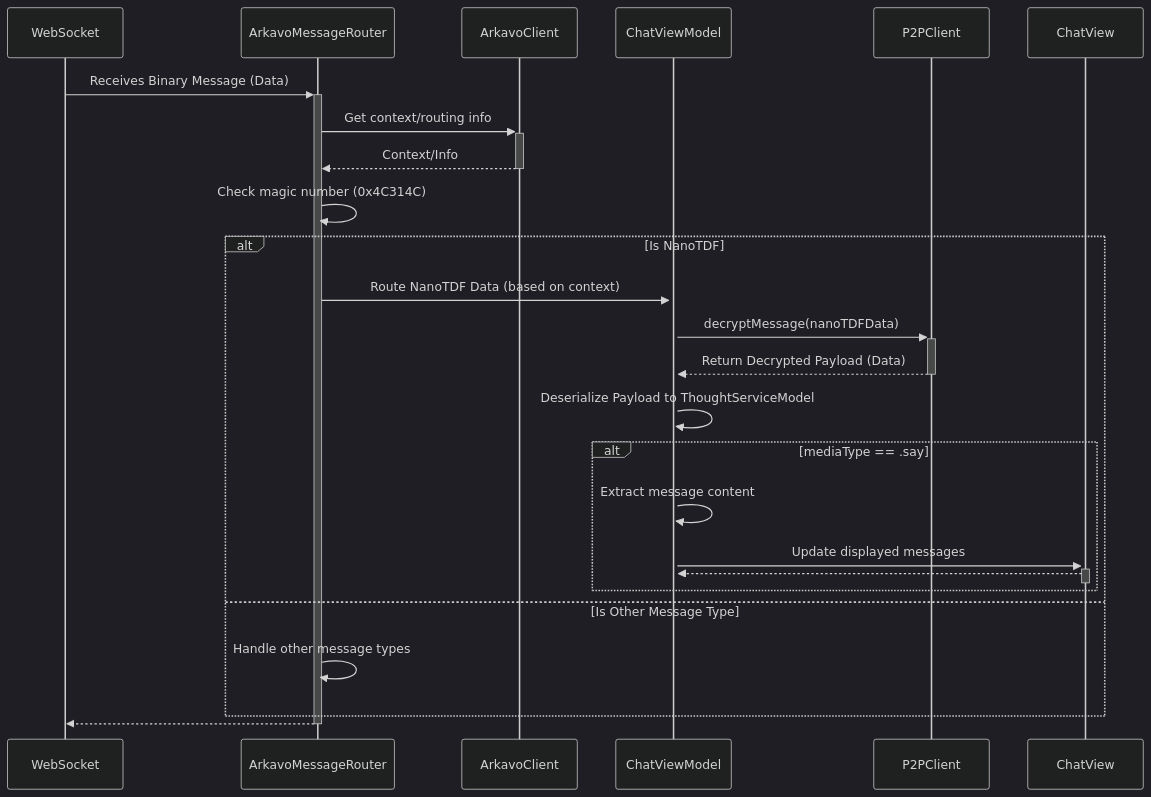
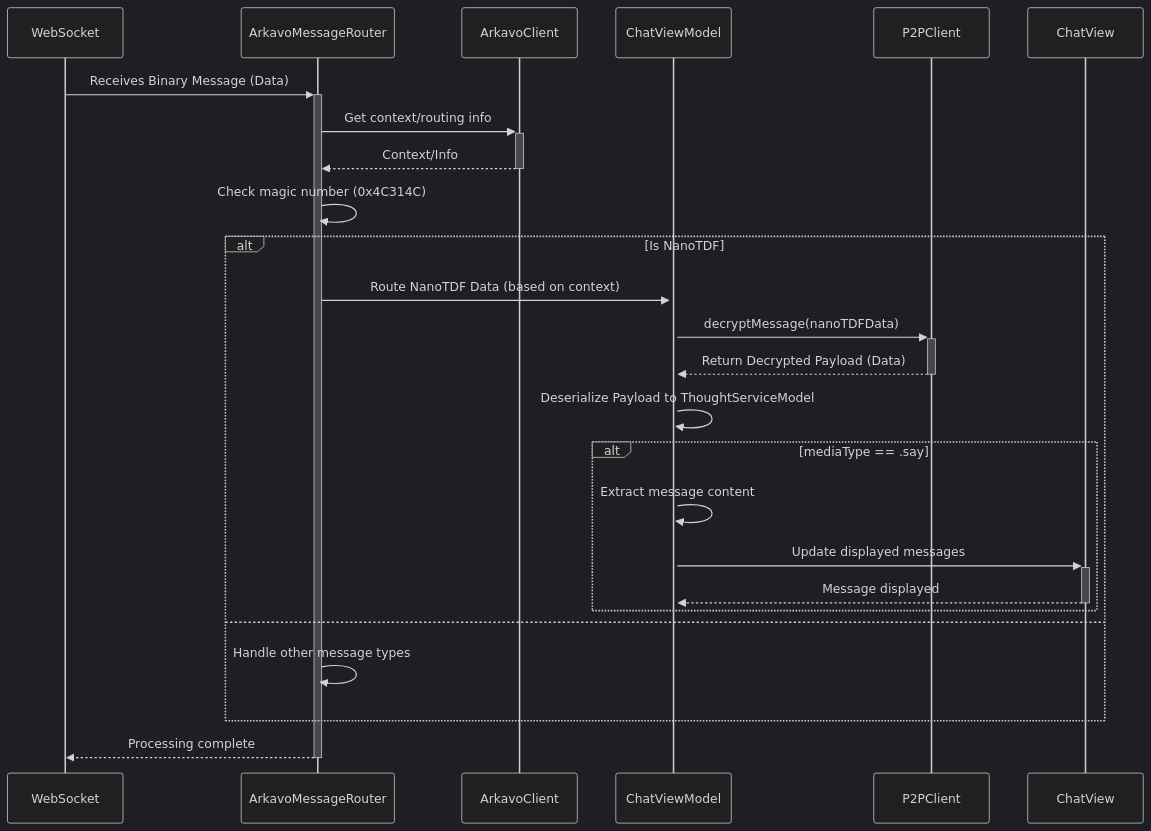
The first of 2 diagrams in README.md (arkavo-org/app), drawn with Mermaid (dark theme) before and after one commit. The commit also changed other lines of this file, not shown here.

````diff
--- a/README.md
+++ b/README.md
@@ -57,27 +57,28 @@
 ```mermaid
 sequenceDiagram
     participant WS as WebSocket
     participant Router as ArkavoMessageRouter
     participant AC as ArkavoClient
     participant CVM as ChatViewModel
     participant P2P as P2PClient
     participant UI as ChatView
+
     WS->>+Router: Receives Binary Message (Data)
     Router->>+AC: Get context/routing info
     AC-->>-Router: Context/Info
     Router->>Router: Check magic number (0x4C314C)
     alt Is NanoTDF
         Router->>+CVM: Route NanoTDF Data (based on context)
         CVM->>+P2P: decryptMessage(nanoTDFData)
         P2P-->>-CVM: Return Decrypted Payload (Data)
         CVM->>CVM: Deserialize Payload to ThoughtServiceModel
         alt mediaType == .say
             CVM->>CVM: Extract message content
             CVM->>+UI: Update displayed messages
-            UI-->>-CVM:
+            UI-->>-CVM: Message displayed
         end
-    else Is Other Message Type
+    else
         Router->>Router: Handle other message types
     end
-    Router-->>-WS:
+    Router-->>-WS: Processing complete
 ```
````
